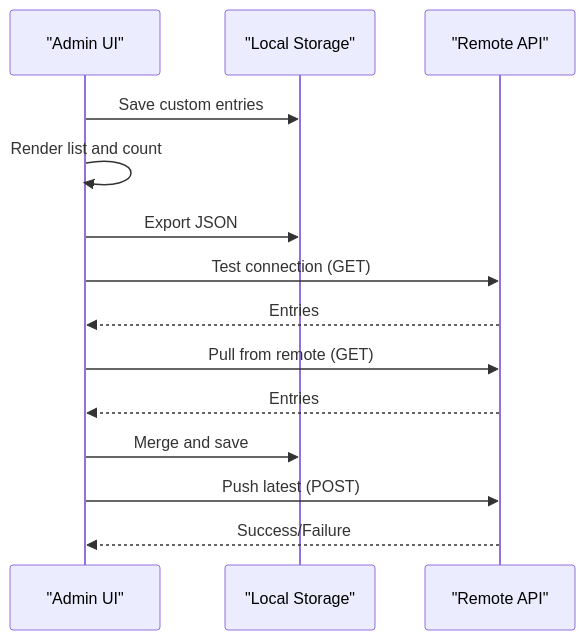
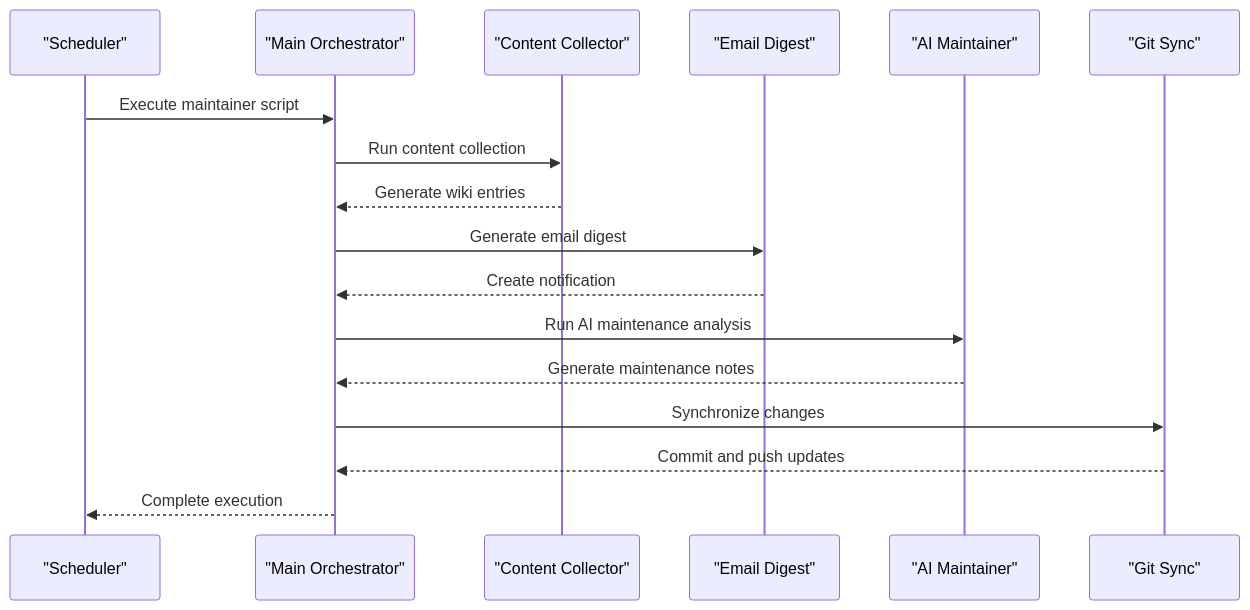
The fifth of 5 diagrams in .qoder/repowiki/en/content/Knowledge Base System/Knowledge Base System.md (treasureGrove/TAWEBTOOL), drawn with Mermaid before and after one commit. The commit also changed other lines of this file and 101 other files, not shown here.

````diff
--- a/.qoder/repowiki/en/content/Knowledge Base System/Knowledge Base System.md
+++ b/.qoder/repowiki/en/content/Knowledge Base System/Knowledge Base System.md
@@ -235,16 +252,19 @@
 ```mermaid
 sequenceDiagram
-participant A as "Admin UI"
-participant LS as "Local Storage"
-participant API as "Remote API"
-A->>LS : Save custom entries
-A->>A : Render list and count
-A->>LS : Export JSON
-A->>API : Test connection (GET)
-API-->>A : Entries
-A->>API : Pull from remote (GET)
-API-->>A : Entries
-A->>LS : Merge and save
-A->>API : Push latest (POST)
-API-->>A : Success/Failure
+participant Cron as "Scheduler"
+participant Main as "Main Orchestrator"
+participant Collector as "Content Collector"
+participant Digest as "Email Digest"
+participant Maintainer as "AI Maintainer"
+participant Git as "Git Sync"
+Cron->>Main : Execute maintainer script
+Main->>Collector : Run content collection
+Collector-->>Main : Generate wiki entries
+Main->>Digest : Generate email digest
+Digest-->>Main : Create notification
+Main->>Maintainer : Run AI maintenance analysis
+Maintainer-->>Main : Generate maintenance notes
+Main->>Git : Synchronize changes
+Git-->>Main : Commit and push updates
+Main-->>Cron : Complete execution
 ```
````
